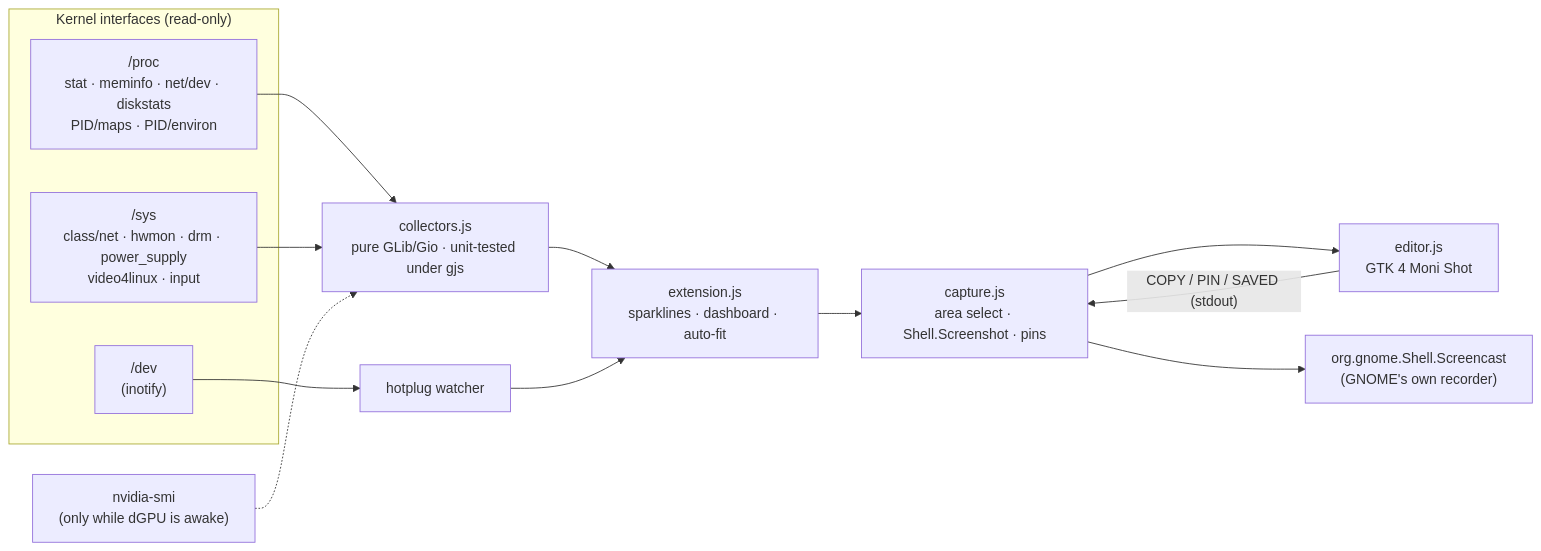
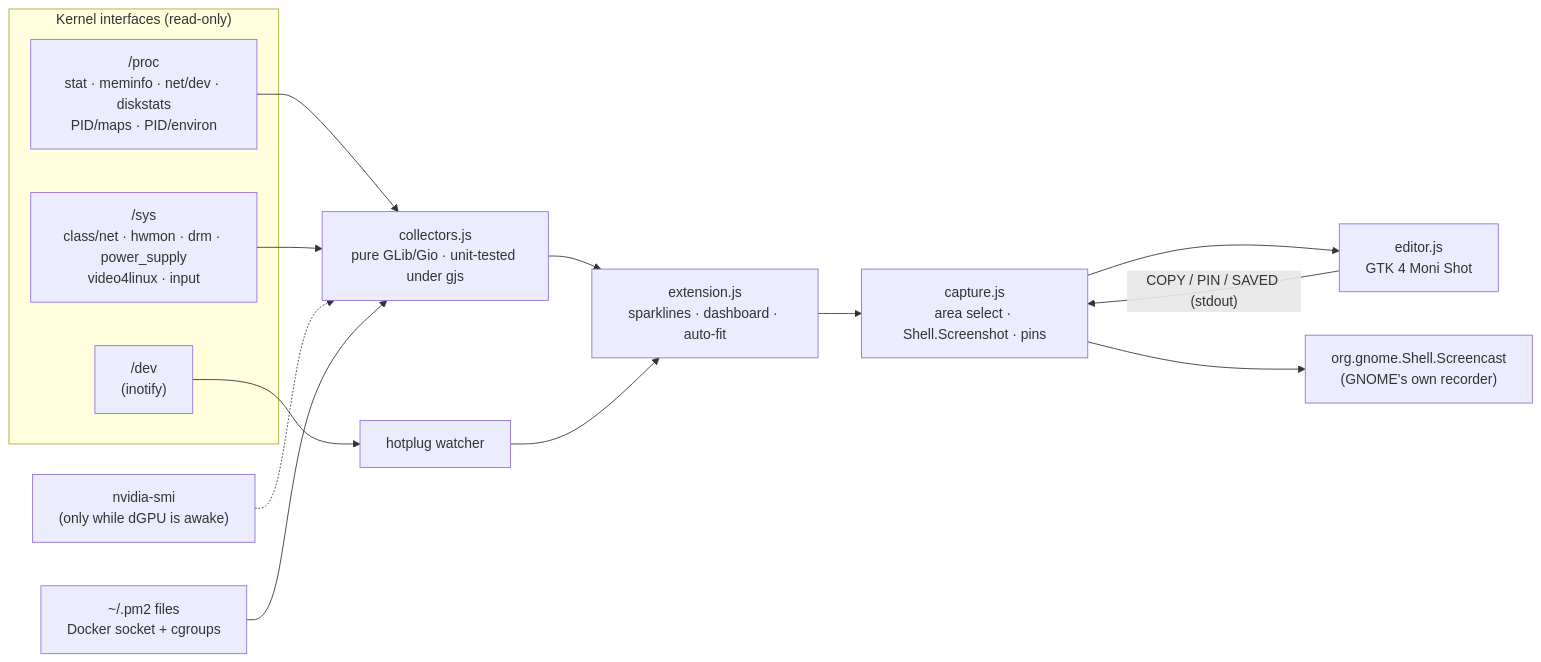
The diagram in README.md (ingjae/moni), drawn with Mermaid before and after one commit. The commit also changed other lines of this file and 7 other files, not shown here.

````diff
--- a/README.md
+++ b/README.md
@@ -216,17 +235,18 @@
 ```mermaid
 flowchart LR
     subgraph kernel["Kernel interfaces (read-only)"]
         P["/proc<br/>stat · meminfo · net/dev · diskstats<br/>PID/maps · PID/environ"]
         S["/sys<br/>class/net · hwmon · drm · power_supply<br/>video4linux · input"]
         D["/dev<br/>(inotify)"]
     end
     P & S --> C["collectors.js<br/>pure GLib/Gio · unit-tested under gjs"]
     D --> X["hotplug watcher"]
     C --> UI["extension.js<br/>sparklines · dashboard · auto-fit"]
     X --> UI
     N["nvidia-smi<br/>(only while dGPU is awake)"] -.-> C
+    Q["~/.pm2 files<br/>Docker socket + cgroups"] --> C
     UI --> K["capture.js<br/>area select · Shell.Screenshot · pins"]
     K --> E["editor.js<br/>GTK 4 Moni Shot"]
     E -- "COPY / PIN / SAVED (stdout)" --> K
     K --> R["org.gnome.Shell.Screencast<br/>(GNOME's own recorder)"]
 ```
````
